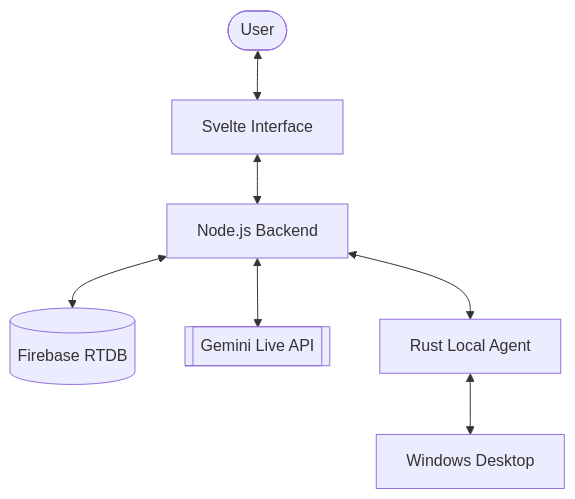
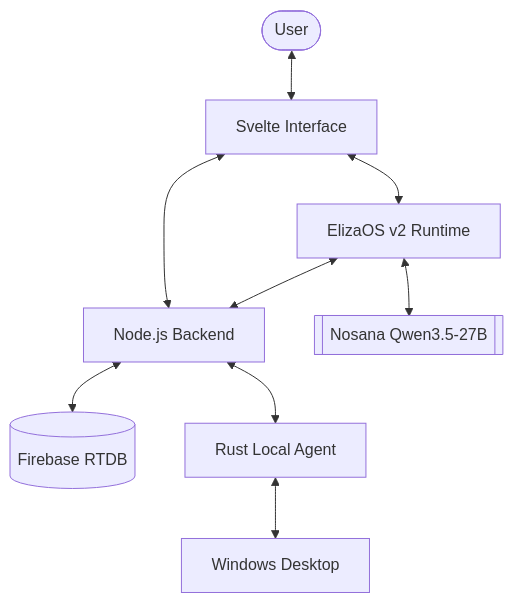
The first of 2 diagrams in README.md (tobiawolaju/Noogler), drawn with Mermaid before and after one commit. The commit also changed other lines of this file and 12 other files, not shown here.

Commit message:
Replace Gemini reasoning with ElizaOS + Nosana runtime

````diff
--- a/README.md
+++ b/README.md
@@ -51,9 +51,11 @@
 ```mermaid
 flowchart TD
     User([User]) <--> Frontend[Svelte Interface]
     Frontend <--> Backend[Node.js Backend]
     Backend <--> Firebase[(Firebase RTDB)]
-    Backend <--> Gemini[[Gemini Live API]]
+    Frontend <--> Eliza[ElizaOS v2 Runtime]
+    Eliza <--> Nosana[[Nosana Qwen3.5-27B]]
+    Eliza <--> Backend
     Backend <--> RustAgent[Rust Local Agent]
     RustAgent <--> Desktop[Windows Desktop]
 ```
````
